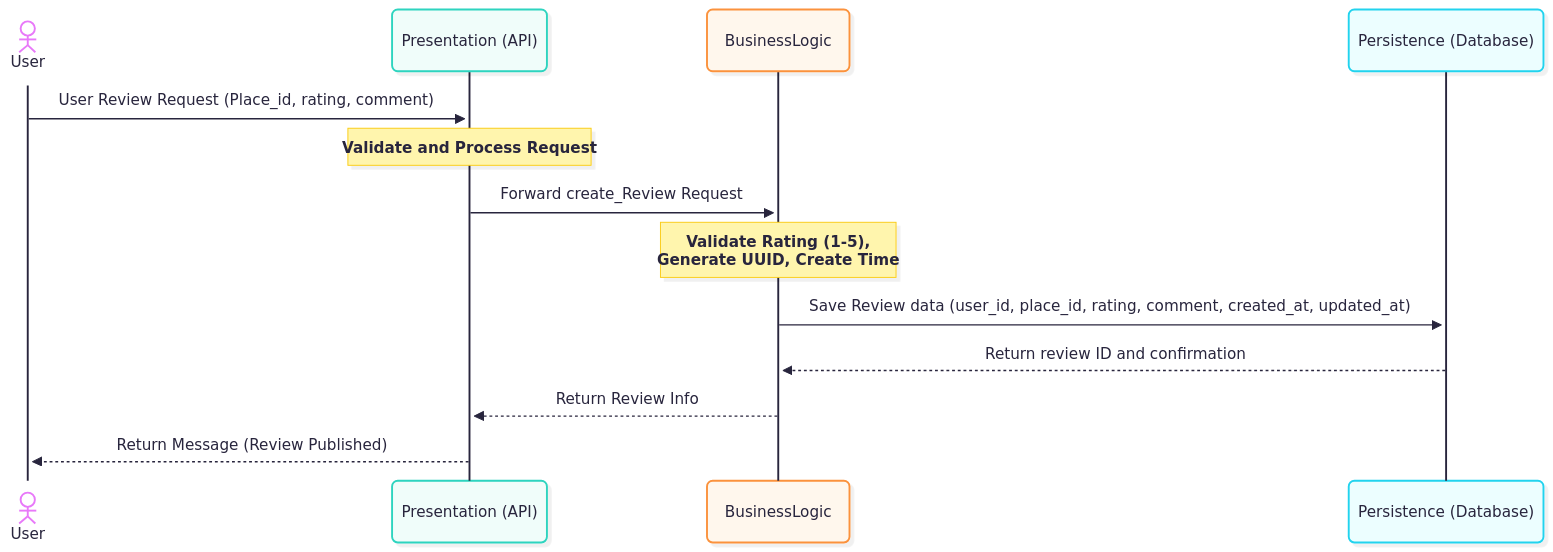
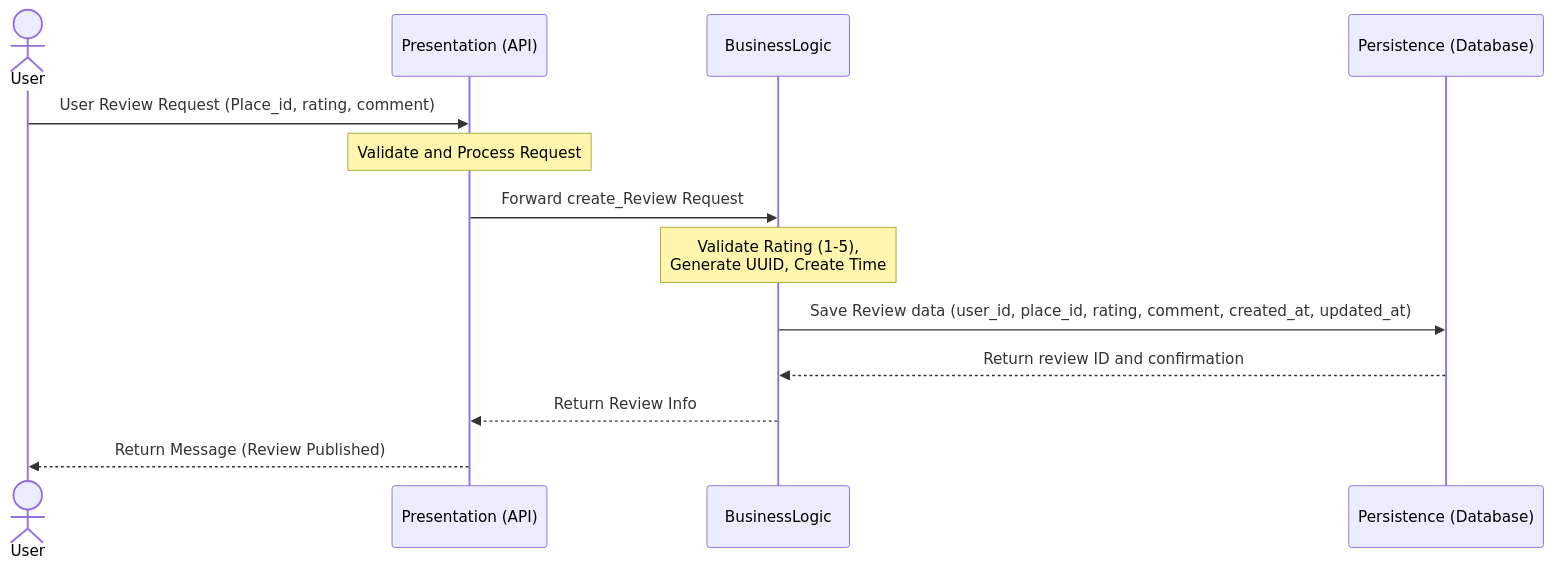
The fourth of 5 diagrams in README.md (asimhamidwo8/holbertonschool-hbnb), drawn with Mermaid before and after one commit. The commit also changed other lines of this file, not shown here.

````diff
--- a/README.md
+++ b/README.md
@@ -170,23 +158,17 @@
 ```mermaid
----
-config:
-  layout: dagre
-  theme: redux-color
-  look: neo
----
  sequenceDiagram
   actor A1 as User
   participant API as Presentation (API)
   participant BusinessLogic
   participant Persistence as Persistence (Database)
 
 
 A1 ->> API: User Review Request (Place_id, rating, comment)
 Note over API: Validate and Process Request 
 API ->> BusinessLogic: Forward create_Review Request 
 Note over BusinessLogic: Validate Rating (1-5),<br>Generate UUID, Create Time
 BusinessLogic ->> Persistence: Save Review data (user_id, place_id, rating, comment, created_at, updated_at)
 Persistence -->> BusinessLogic: Return review ID and confirmation
 BusinessLogic -->> API: Return Review Info
 API -->> A1: Return Message (Review Published)
 ```
````
